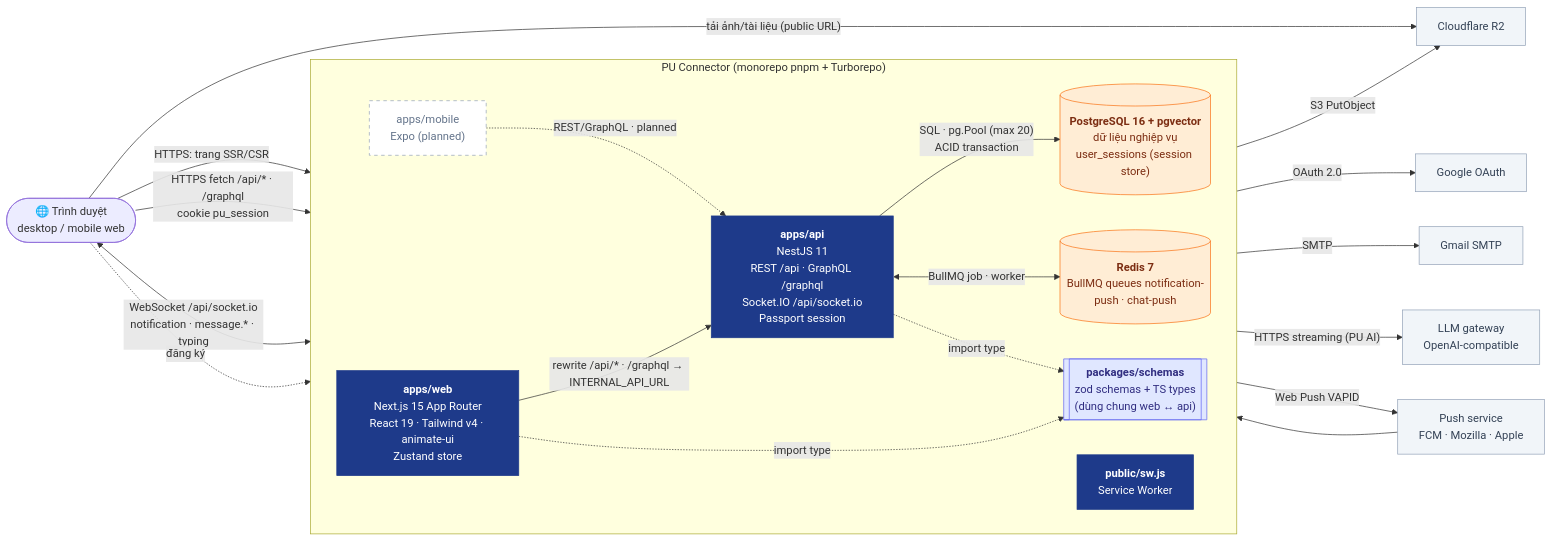
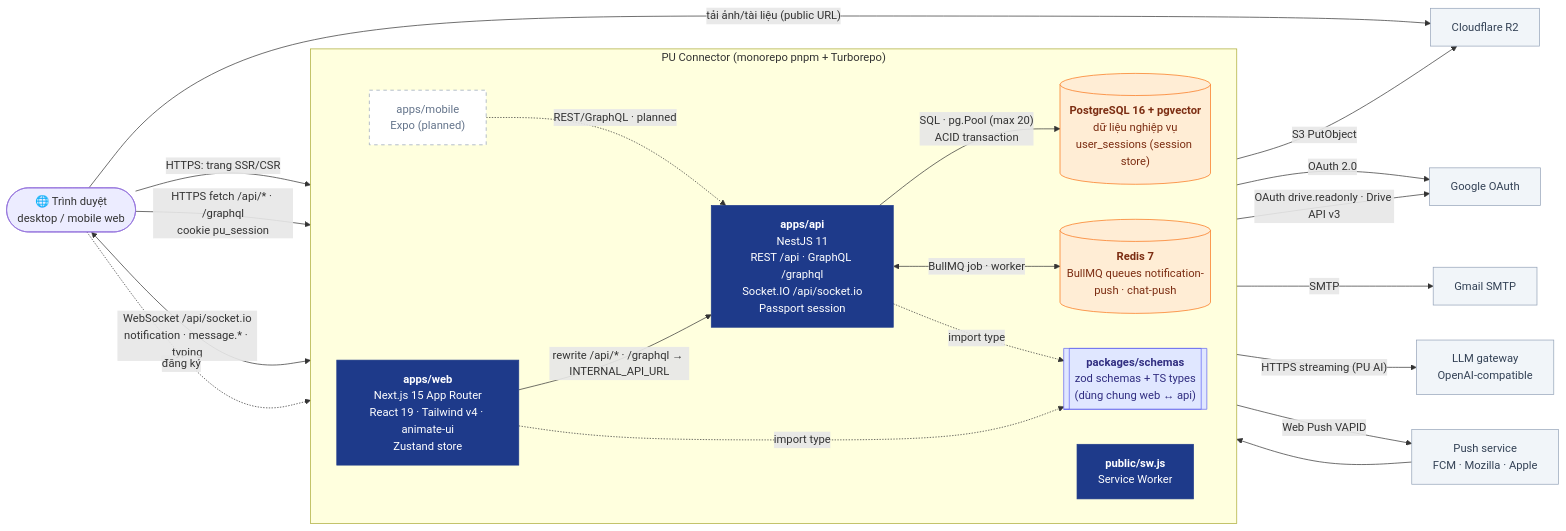
Before and after one commit to nhatcoi/pu-connect: the diagram in docs/diagrams/02-containers.md, drawn with Mermaid. The commit also changed other lines of this file and 8 other files, not shown here.

Commit message:
docs(ai): document Google Drive connector, diagrams and ERD

````diff
--- a/docs/diagrams/02-containers.md
+++ b/docs/diagrams/02-containers.md
@@ -5,50 +5,51 @@
 ```mermaid
 flowchart LR
   browser(["🌐 Trình duyệt<br/>desktop / mobile web"])
 
   subgraph PUC["PU Connector (monorepo pnpm + Turborepo)"]
     direction LR
     web["<b>apps/web</b><br/>Next.js 15 App Router<br/>React 19 · Tailwind v4 · animate-ui<br/>Zustand store"]
     api["<b>apps/api</b><br/>NestJS 11<br/>REST /api · GraphQL /graphql<br/>Socket.IO /api/socket.io<br/>Passport session"]
     schemas[["<b>packages/schemas</b><br/>zod schemas + TS types<br/>(dùng chung web ↔ api)"]]
     redis[("<b>Redis 7</b><br/>BullMQ queues notification-push · chat-push")]
     sw["<b>public/sw.js</b><br/>Service Worker"]
     db[("<b>PostgreSQL 16 + pgvector</b><br/>dữ liệu nghiệp vụ<br/>user_sessions (session store)")]
     mobile["apps/mobile<br/>Expo (planned)"]
   end
 
   google["Google OAuth"]
   gmail["Gmail SMTP"]
   r2["Cloudflare R2"]
   claude["LLM gateway<br/>OpenAI-compatible"]
 
   browser -->|"HTTPS: trang SSR/CSR"| web
   browser -->|"HTTPS fetch /api/* · /graphql<br/>cookie pu_session"| web
   web -->|"rewrite /api/* · /graphql → INTERNAL_API_URL"| api
   browser <-->|"WebSocket /api/socket.io<br/>notification · message.* · typing"| api
   browser -->|"tải ảnh/tài liệu (public URL)"| r2
 
   api -->|"SQL · pg.Pool (max 20)<br/>ACID transaction"| db
   api -->|OAuth 2.0| google
+  api -->|OAuth drive.readonly · Drive API v3| google
   api -->|SMTP| gmail
   api -->|S3 PutObject| r2
   api -->|"HTTPS streaming (PU AI)"| claude
   api <-->|BullMQ job · worker| redis
   api -->|Web Push VAPID| pushsvc["Push service<br/>FCM · Mozilla · Apple"]
   pushsvc --> sw
   browser -. đăng ký .-> sw
   web -. import type .-> schemas
   api -. import type .-> schemas
   mobile -.->|REST/GraphQL · planned| api
 
   classDef app fill:#1e3a8a,stroke:#1e3a8a,color:#fff
   classDef store fill:#ffedd5,stroke:#f97316,color:#7c2d12
   classDef lib fill:#e0e7ff,stroke:#6366f1,color:#312e81
   classDef external fill:#f1f5f9,stroke:#94a3b8,color:#334155
   classDef planned fill:#fff,stroke:#94a3b8,color:#64748b,stroke-dasharray:5 5
   class web,api,sw app
   class db,redis store
   class schemas lib
   class google,gmail,r2,pushsvc,claude external
   class mobile planned
 ```
````
